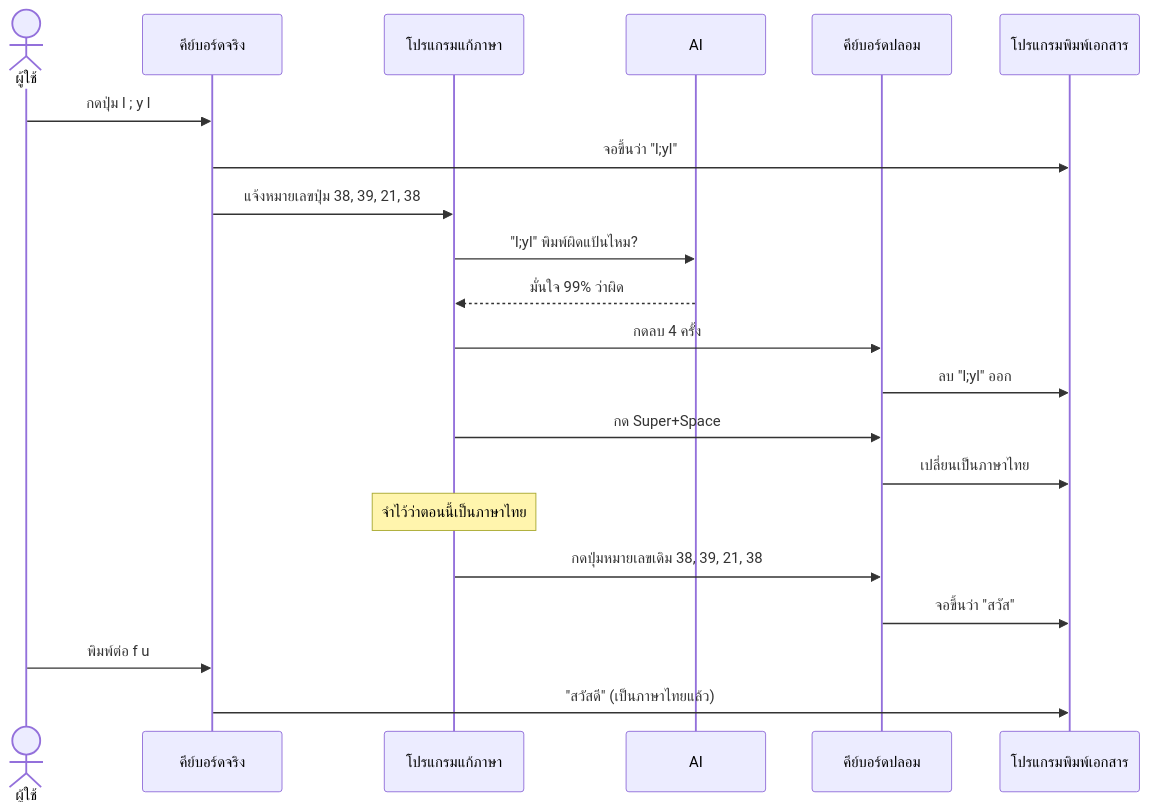
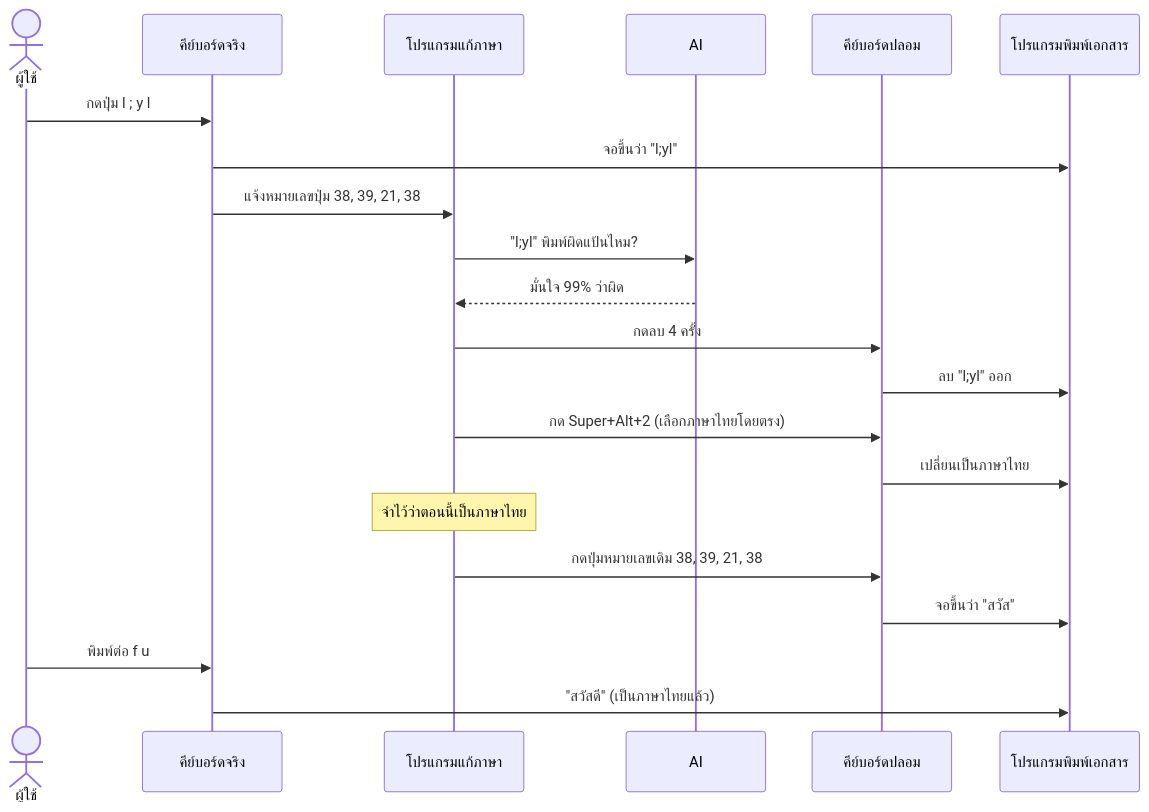
Before and after one commit to Mhapong/LuemPreanParSar: the fifth of 5 diagrams in docs/FLOW.md, drawn with Mermaid. The commit also changed other lines of this file and 7 other files, not shown here.

````diff
--- a/docs/FLOW.md
+++ b/docs/FLOW.md
@@ -191,24 +191,24 @@
 ```mermaid
 sequenceDiagram
     actor U as ผู้ใช้
     participant K as คีย์บอร์ดจริง
     participant D as โปรแกรมแก้ภาษา
     participant M as AI
     participant V as คีย์บอร์ดปลอม
     participant A as โปรแกรมพิมพ์เอกสาร
 
     U->>K: กดปุ่ม l #59; y l
     K->>A: จอขึ้นว่า "l#59;yl"
     K->>D: แจ้งหมายเลขปุ่ม 38, 39, 21, 38
     D->>M: "l#59;yl" พิมพ์ผิดแป้นไหม?
     M-->>D: มั่นใจ 99% ว่าผิด
     D->>V: กดลบ 4 ครั้ง
     V->>A: ลบ "l#59;yl" ออก
-    D->>V: กด Super+Space
+    D->>V: กด Super+Alt+2 (เลือกภาษาไทยโดยตรง)
     V->>A: เปลี่ยนเป็นภาษาไทย
     Note over D: จำไว้ว่าตอนนี้เป็นภาษาไทย
     D->>V: กดปุ่มหมายเลขเดิม 38, 39, 21, 38
     V->>A: จอขึ้นว่า "สวัส"
     U->>K: พิมพ์ต่อ f u
     K->>A: "สวัสดี" (เป็นภาษาไทยแล้ว)
 ```
````
